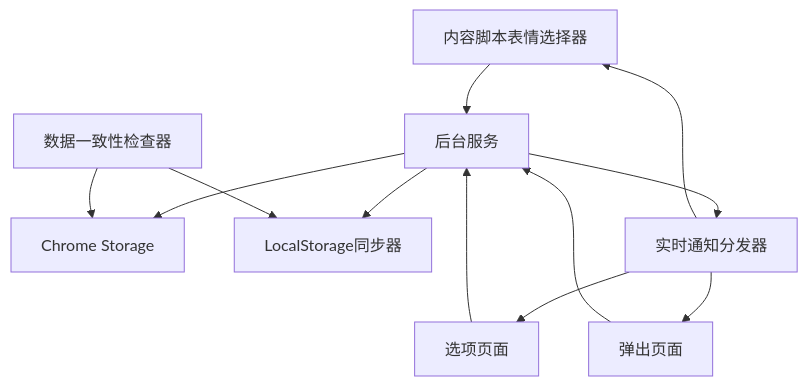
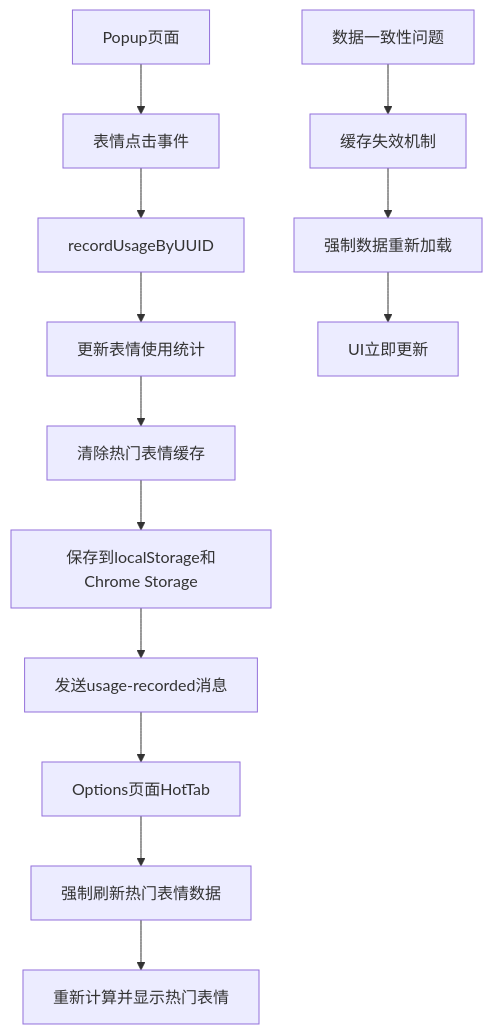
One commit to stevessr/bug-v3 changed the diagram in .claude/specs/emoji-realtime-sync/design.md. Above: the diagram before and after it, drawn with Mermaid. The commit also changed other lines of this file and 15 other files, not shown here.

````diff
--- a/.claude/specs/emoji-realtime-sync/design.md
+++ b/.claude/specs/emoji-realtime-sync/design.md
@@ -21,17 +26,16 @@
 ```mermaid
 graph TB
-    A[内容脚本表情选择器] --> B[后台服务]
-    C[选项页面] --> B
-    D[弹出页面] --> B
+    A[Popup页面] --> B[表情点击事件]
+    B --> C[recordUsageByUUID]
+    C --> D[更新表情使用统计]
+    D --> E[清除热门表情缓存]
+    E --> F[保存到localStorage和Chrome Storage]
+    F --> G[发送usage-recorded消息]
+    G --> H[Options页面HotTab]
+    H --> I[强制刷新热门表情数据]
+    I --> J[重新计算并显示热门表情]
     
-    B --> E[Chrome Storage]
-    B --> F[LocalStorage同步器]
-    
-    B --> G[实时通知分发器]
-    G --> A
-    G --> C
-    G --> D
-    
-    H[数据一致性检查器] --> E
-    H --> F
+    K[数据一致性问题] --> L[缓存失效机制]
+    L --> M[强制数据重新加载]
+    M --> N[UI立即更新]
 ```
````
